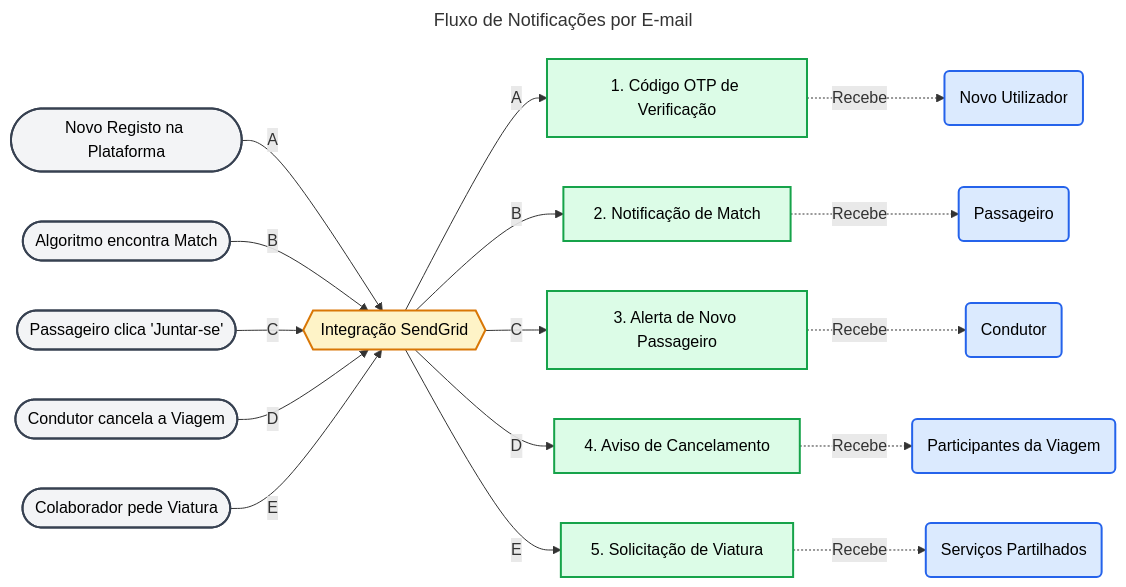
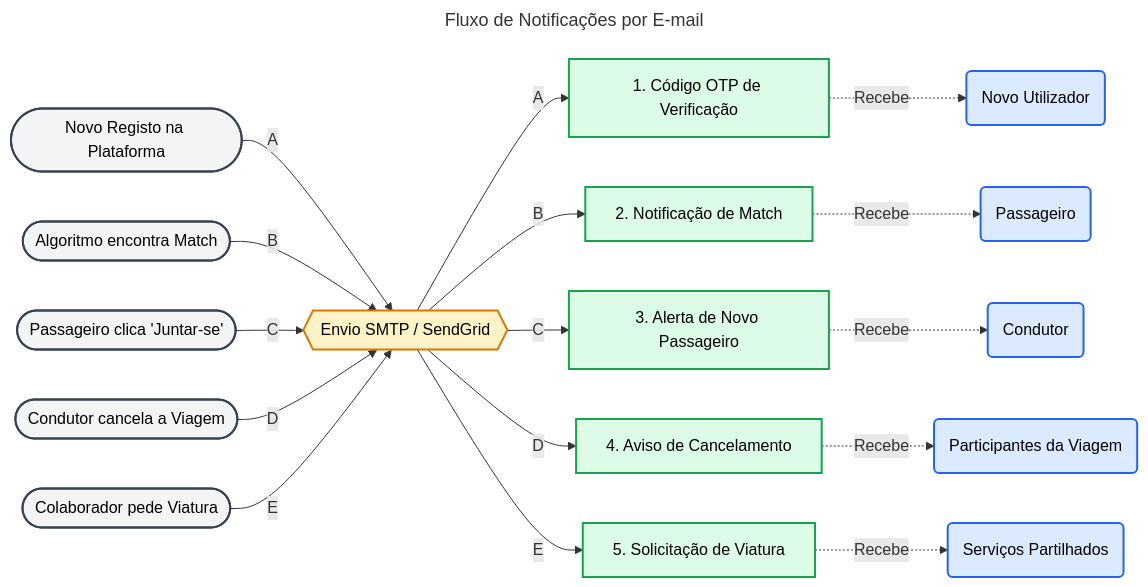
Before and after one commit to joaosantos1231209/Road-Buddies: the diagram in Documentation/Diagramas/Fluxos/fluxo-email.md, drawn with Mermaid. The commit also changed 7 other files, not shown here.

Commit message:
docs(SMTP): updated diagrams with SMTP

````diff
--- a/Documentation/Diagramas/Fluxos/fluxo-email.md
+++ b/Documentation/Diagramas/Fluxos/fluxo-email.md
@@ -1,59 +1,59 @@
 ```mermaid
 ---
 title: Fluxo de Notificações por E-mail
 ---
 graph LR
     %% 1. ESTILOS
     classDef gatilho fill:#f3f4f6,stroke:#374151,stroke-width:2px,color:#000
     classDef api fill:#fef3c7,stroke:#d97706,stroke-width:2px,color:#000
     classDef email fill:#dcfce7,stroke:#16a34a,stroke-width:2px,color:#000
     classDef user fill:#dbeafe,stroke:#2563eb,stroke-width:2px,color:#000
 
     %% 2. GATILHOS (O que acontece na App)
     G1([Novo Registo na Plataforma])
     G2([Algoritmo encontra Match])
     G3([Passageiro clica 'Juntar-se'])
     G4([Condutor cancela a Viagem])
     G5([Colaborador pede Viatura])
 
     %% 3. MOTOR
-    API{{Integração SendGrid}}
+    API{{Envio SMTP / SendGrid}}
 
     %% 4. TIPOS DE E-MAIL
     M1[1. Código OTP de Verificação]
     M2[2. Notificação de Match]
     M4[3. Alerta de Novo Passageiro]
     M5[4. Aviso de Cancelamento]
     M6[5. Solicitação de Viatura]
 
     %% 5. DESTINATÁRIOS
     U1(Novo Utilizador)
     U2(Passageiro)
     U3(Condutor)
     U4(Participantes da Viagem)
     U5(Serviços Partilhados)
 
     %% 6. O FLUXO LÓGICO COM IDENTIFICADORES (A, B, C, D, E)
     G1 -->|A| API
     API -->|A| M1 -.->|Recebe| U1
     
     G2 -->|B| API
     API -->|B| M2 -.->|Recebe| U2
     
     %% O fluxo C divide-se em dois e-mails
     G3 -->|C| API
     API -->|C| M4 -.->|Recebe| U3
     
     G4 -->|D| API
     API -->|D| M5 -.->|Recebe| U4
     
     %% O novo fluxo E
     G5 -->|E| API
     API -->|E| M6 -.->|Recebe| U5
 
     %% 7. APLICAR CORES
     class G1,G2,G3,G4,G5 gatilho;
     class API api;
     class M1,M2,M4,M5,M6 email;
     class U1,U2,U3,U4,U5 user;
 ```
````
